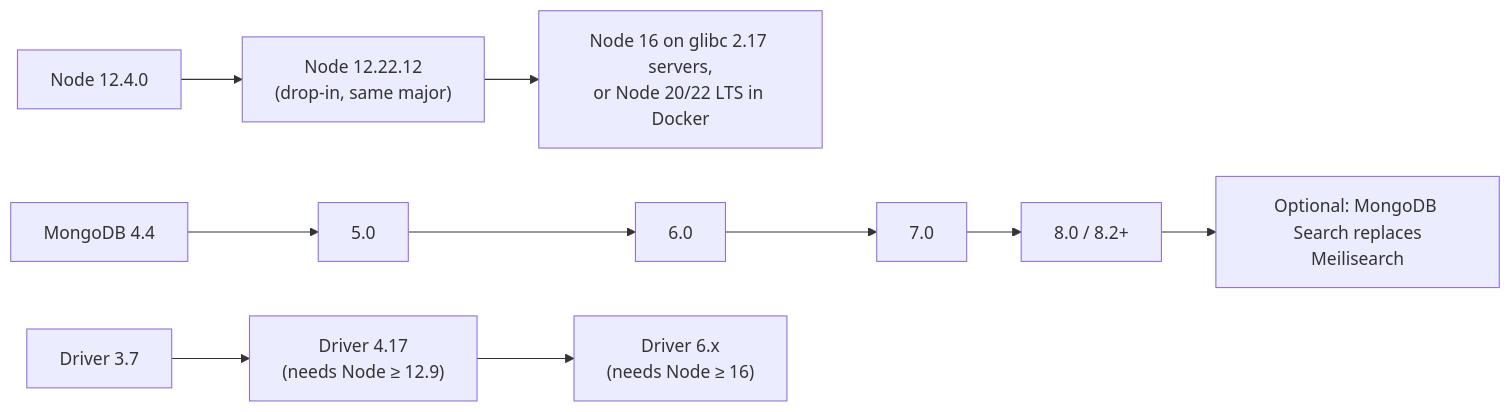
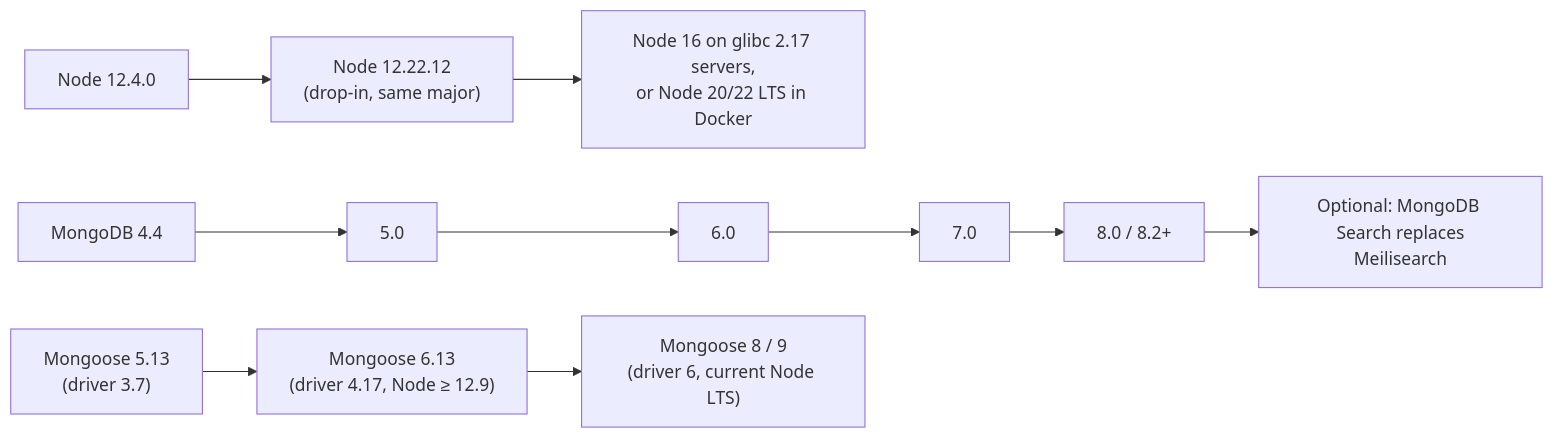
The sixth of 6 diagrams in 11-target-runtime-node12-mongodb.md (greensoft-atom/tex-platform), drawn with Mermaid before and after one commit. The commit also changed other lines of this file and 43 other files, not shown here.

````diff
--- a/11-target-runtime-node12-mongodb.md
+++ b/11-target-runtime-node12-mongodb.md
@@ -461,8 +479,8 @@
 ```mermaid
 flowchart LR
     N0["Node 12.4.0"] --> N1["Node 12.22.12<br/>(drop-in, same major)"]
     N1 --> N2["Node 16 on glibc 2.17 servers,<br/>or Node 20/22 LTS in Docker"]
     M0["MongoDB 4.4"] --> M1["5.0"] --> M2["6.0"] --> M3["7.0"] --> M4["8.0 / 8.2+"]
-    D0["Driver 3.7"] --> D1["Driver 4.17<br/>(needs Node ≥ 12.9)"] --> D2["Driver 6.x<br/>(needs Node ≥ 16)"]
+    D0["Mongoose 5.13<br/>(driver 3.7)"] --> D1["Mongoose 6.13<br/>(driver 4.17, Node ≥ 12.9)"] --> D2["Mongoose 8 / 9<br/>(driver 6, current Node LTS)"]
     M4 --> S["Optional: MongoDB Search replaces<br/>Meilisearch"]
 ```
````
